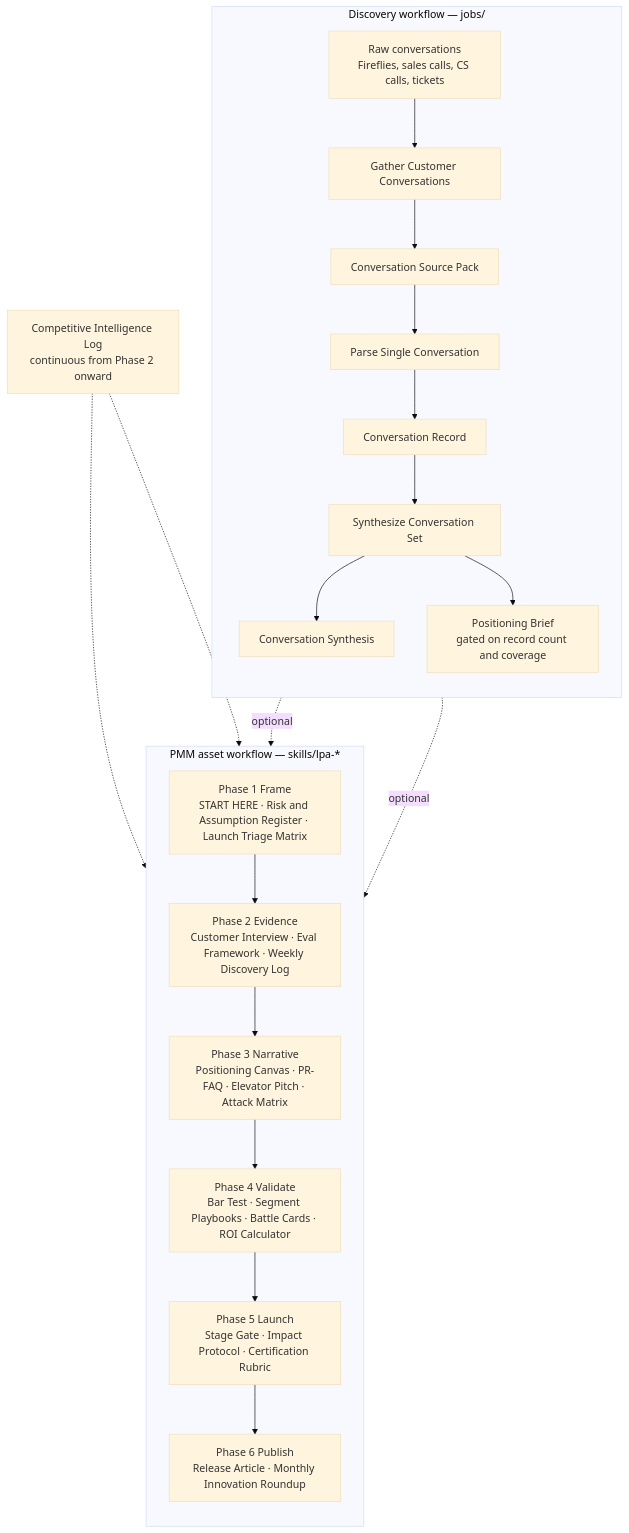
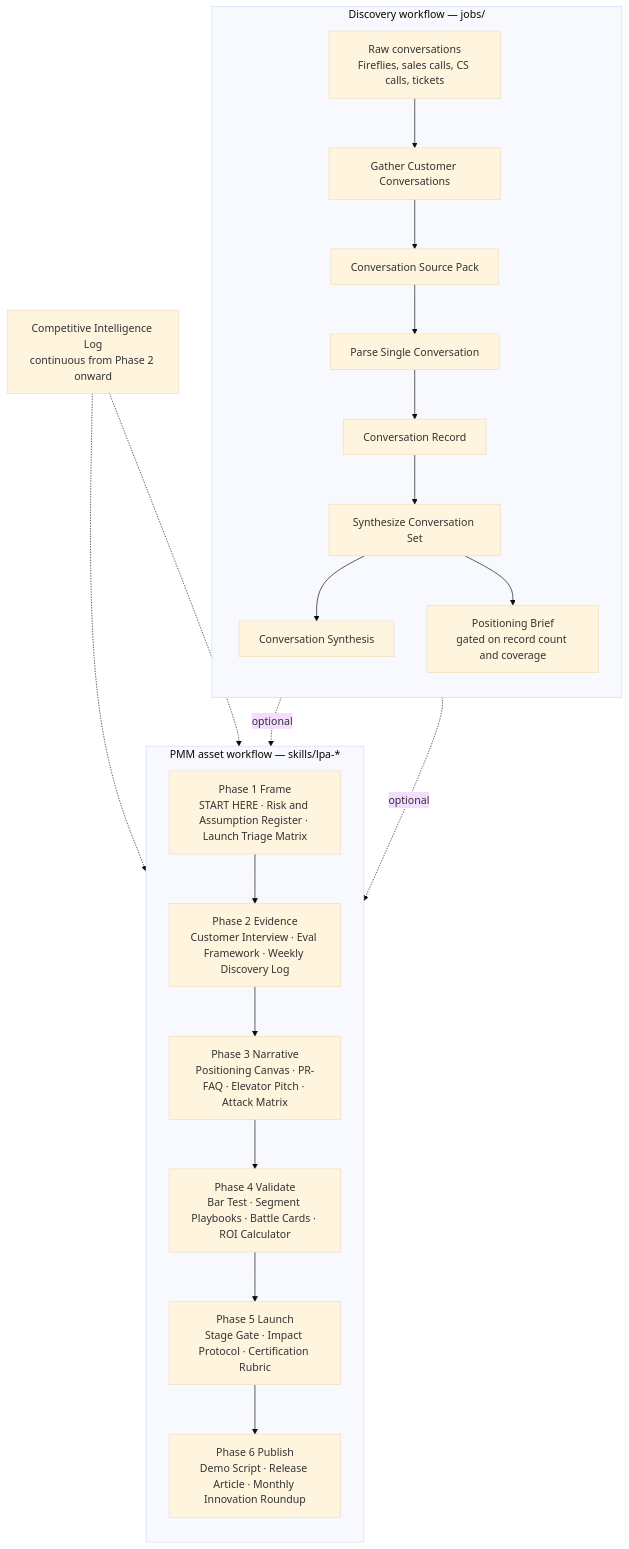
Before and after one commit to Jdl72/product-marketing: the diagram in README.md, drawn with Mermaid (base theme). The commit also changed other lines of this file and 3 other files, not shown here.

````diff
--- a/README.md
+++ b/README.md
@@ -16,32 +16,32 @@
 ```mermaid
 flowchart TB
     subgraph DISC["Discovery workflow — jobs/"]
         direction TB
         R["Raw conversations<br/>Fireflies, sales calls, CS calls, tickets"]
         R --> G["Gather Customer Conversations"]
         G --> SP["Conversation Source Pack"]
         SP --> P["Parse Single Conversation"]
         P --> CR["Conversation Record"]
         CR --> S["Synthesize Conversation Set"]
         S --> CS["Conversation Synthesis"]
         S --> PB["Positioning Brief<br/>gated on record count and coverage"]
     end
 
     subgraph PMM["PMM asset workflow — skills/lpa-*"]
         direction TB
         F["Phase 1 Frame<br/>START HERE · Risk and Assumption Register · Launch Triage Matrix"]
         E["Phase 2 Evidence<br/>Customer Interview · Eval Framework · Weekly Discovery Log"]
         N["Phase 3 Narrative<br/>Positioning Canvas · PR-FAQ · Elevator Pitch · Attack Matrix"]
         V["Phase 4 Validate<br/>Bar Test · Segment Playbooks · Battle Cards · ROI Calculator"]
         L["Phase 5 Launch<br/>Stage Gate · Impact Protocol · Certification Rubric"]
-        PUB["Phase 6 Publish<br/>Release Article · Monthly Innovation Roundup"]
+        PUB["Phase 6 Publish<br/>Demo Script · Release Article · Monthly Innovation Roundup"]
         F --> E --> N --> V --> L --> PUB
     end
 
     CIL["Competitive Intelligence Log<br/>continuous from Phase 2 onward"]
 
     CS -. optional .-> E
     PB -. optional .-> N
     CIL -.-> N
     CIL -.-> V
 ```
````
